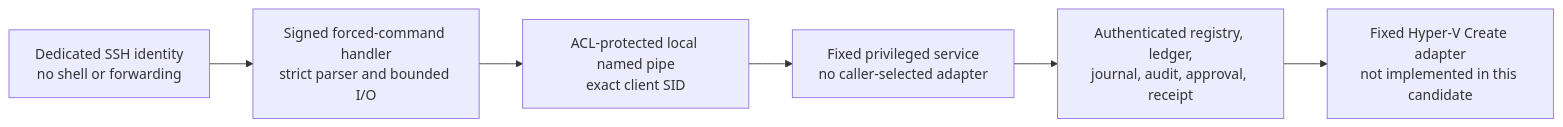
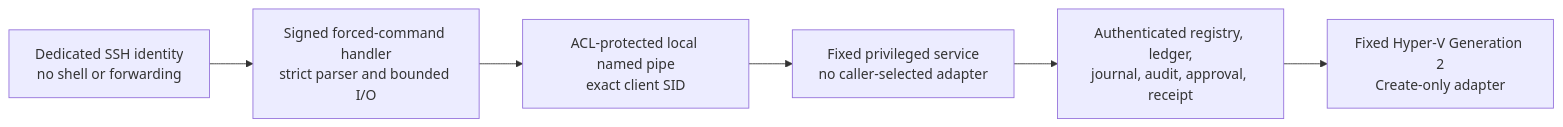
The diagram in control-plane/create-only-release/README.md (Beowxlf/northgate-vm-factory), drawn with Mermaid before and after one commit. The commit also changed other lines of this file and 80 other files, not shown here.

Commit message:
Complete guarded create-only fleet activation

````diff
--- a/control-plane/create-only-release/README.md
+++ b/control-plane/create-only-release/README.md
@@ -17,8 +22,8 @@
 ```mermaid
 flowchart LR
     A["Dedicated SSH identity<br/>no shell or forwarding"] --> B["Signed forced-command handler<br/>strict parser and bounded I/O"]
     B --> C["ACL-protected local named pipe<br/>exact client SID"]
     C --> D["Fixed privileged service<br/>no caller-selected adapter"]
     D --> E["Authenticated registry, ledger,<br/>journal, audit, approval, receipt"]
-    E --> F["Fixed Hyper-V Create adapter<br/>not implemented in this candidate"]
+    E --> F["Fixed Hyper-V Generation 2<br/>Create-only adapter"]
 ```
````
